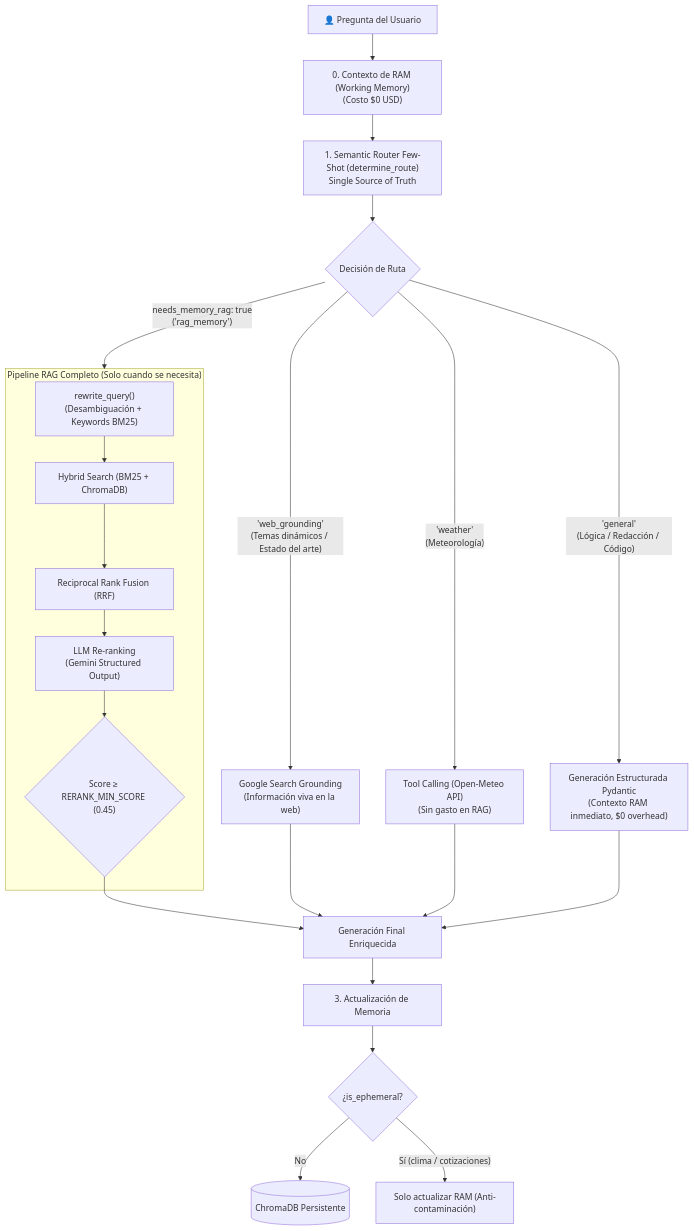
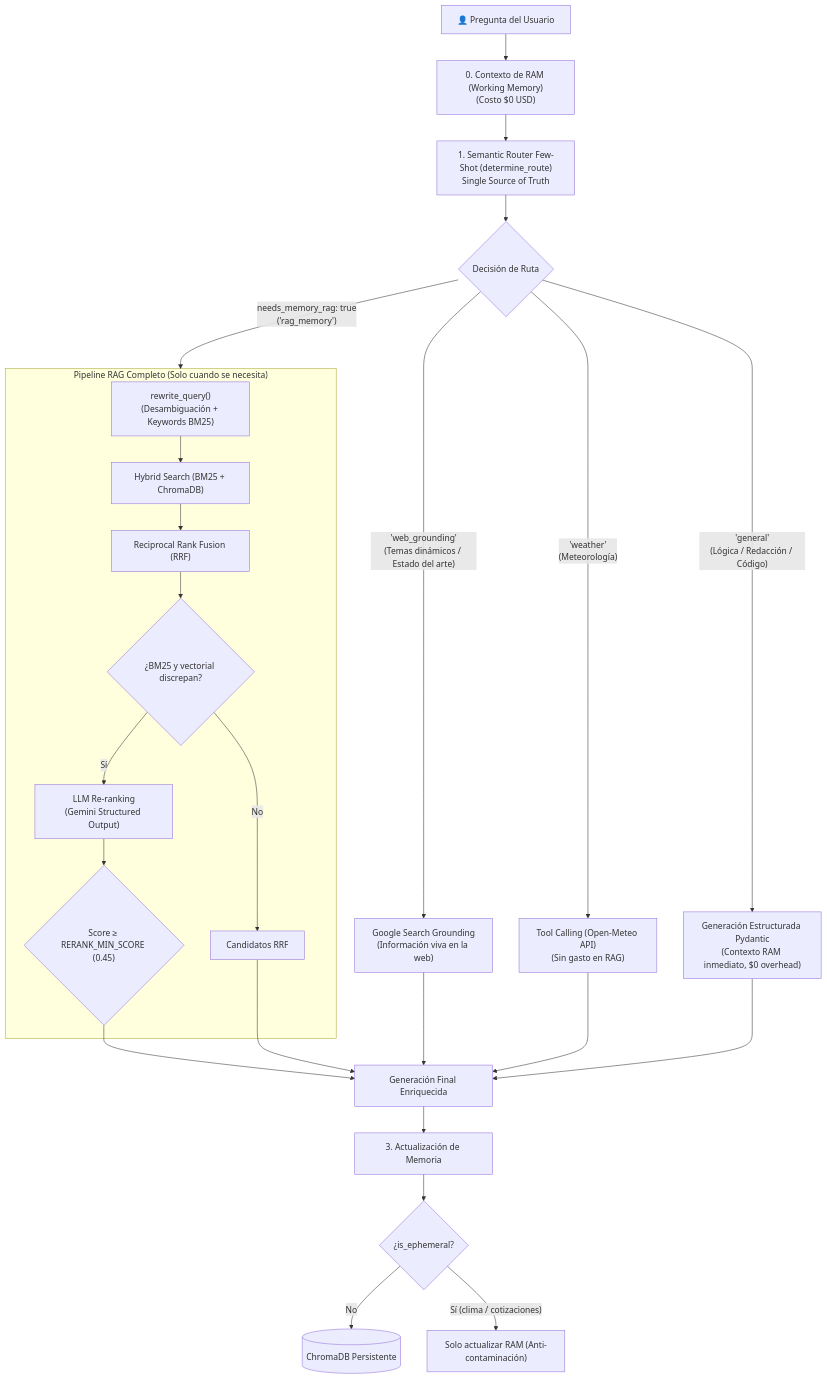
One commit to misikss/llm-cli changed the second of 4 diagrams in README.md. Above: the diagram before and after it, drawn with Mermaid. The commit also changed other lines of this file and 8 other files, not shown here.

````diff
--- a/README.md
+++ b/README.md
@@ -47,30 +47,33 @@
 ```mermaid
 flowchart TD
     UserQuery["👤 Pregunta del Usuario"] --> RAMContext["0. Contexto de RAM (Working Memory)<br/>(Costo $0 USD)"]
     
     RAMContext --> Router["1. Semantic Router Few-Shot (determine_route)<br/>Single Source of Truth"]
     
     Router --> RouteDec{"Decisión de Ruta"}
     
     RouteDec -- "needs_memory_rag: true<br/>('rag_memory')" --> RAGPipeline["2. Advanced RAG Pipeline (Gateado)"]
     RouteDec -- "'web_grounding'<br/>(Temas dinámicos / Estado del arte)" --> WebGrounding["Google Search Grounding<br/>(Información viva en la web)"]
     RouteDec -- "'weather'<br/>(Meteorología)" --> WeatherTool["Tool Calling (Open-Meteo API)<br/>(Sin gasto en RAG)"]
     RouteDec -- "'general'<br/>(Lógica / Redacción / Código)" --> DirectLLM["Generación Estructurada Pydantic<br/>(Contexto RAM inmediato, $0 overhead)"]
     
     subgraph RAGPipeline ["Pipeline RAG Completo (Solo cuando se necesita)"]
         QE["rewrite_query()<br/>(Desambiguación + Keywords BM25)"] --> Hybrid["Hybrid Search (BM25 + ChromaDB)"]
         Hybrid --> RRF["Reciprocal Rank Fusion (RRF)"]
-        RRF --> LLMReranker["LLM Re-ranking<br/>(Gemini Structured Output)"]
+        RRF --> RerankGate{"¿BM25 y vectorial discrepan?"}
+        RerankGate -- "Sí" --> LLMReranker["LLM Re-ranking<br/>(Gemini Structured Output)"]
+        RerankGate -- "No" --> DirectContext["Candidatos RRF"]
         LLMReranker --> FilterScore{"Score ≥ RERANK_MIN_SCORE (0.45)"}
     end
     
     FilterScore --> LLMFinal["Generación Final Enriquecida"]
+    DirectContext --> LLMFinal
     WebGrounding --> LLMFinal
     WeatherTool --> LLMFinal
     DirectLLM --> LLMFinal
     
     LLMFinal --> UpdateMem["3. Actualización de Memoria"]
     UpdateMem --> CheckEphemeral{"¿is_ephemeral?"}
     CheckEphemeral -- "No" --> ChromaPersist[("ChromaDB Persistente")]
     CheckEphemeral -- "Sí (clima / cotizaciones)" --> SkipChroma["Solo actualizar RAM (Anti-contaminación)"]
 ```
````
